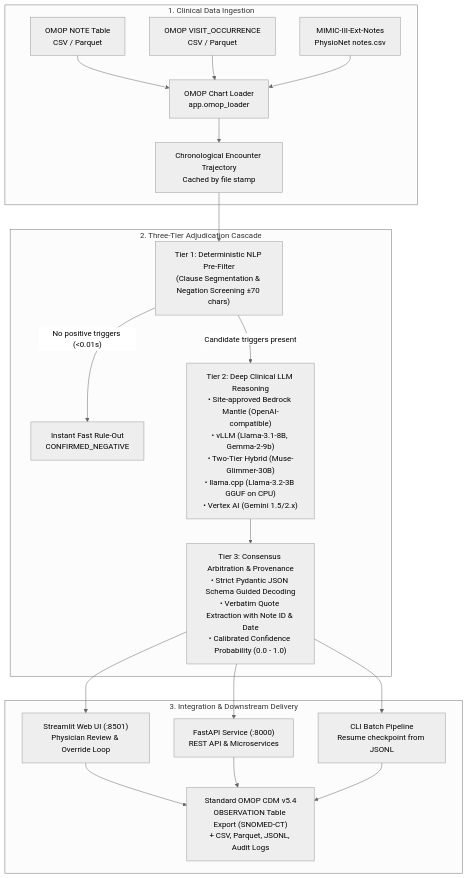
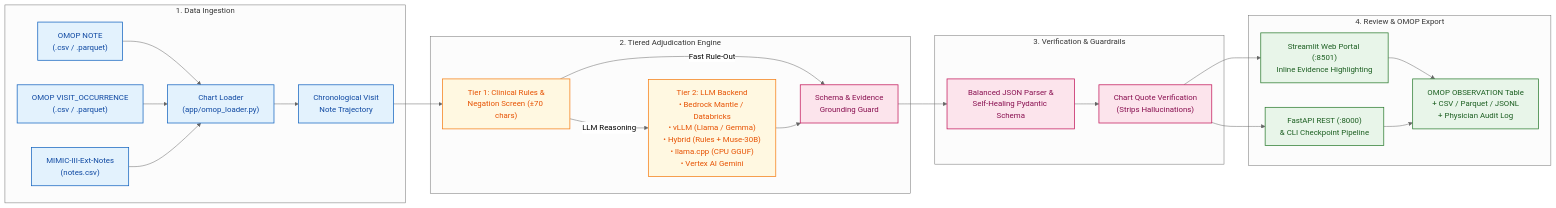
The first of 3 diagrams in README.md (x1jiang/rosegold), drawn with Mermaid (neutral theme) before and after one commit. The commit also changed other lines of this file, not shown here.

Commit message:
docs(readme): add 60-second quick start, visual decision diagrams, and streamlined setup guides

````diff
--- a/README.md
+++ b/README.md
@@ -44,23 +106,37 @@
 ```mermaid
-flowchart TD
-    subgraph DataIngestion["1. Clinical Data Ingestion"]
-        N[OMOP NOTE Table\nCSV / Parquet] --> Loader[OMOP Chart Loader\napp.omop_loader]
-        V[OMOP VISIT_OCCURRENCE\nCSV / Parquet] --> Loader
-        M[MIMIC-III-Ext-Notes\nPhysioNet notes.csv] --> Loader
-        Loader --> Prepped[Chronological Encounter Trajectory\nCached by file stamp]
+flowchart LR
+    subgraph Ingest["1. Data Ingestion"]
+        A1["OMOP NOTE<br/>(.csv / .parquet)"] --> L["Chart Loader<br/>(app/omop_loader.py)"]
+        A2["OMOP VISIT_OCCURRENCE<br/>(.csv / .parquet)"] --> L
+        A3["MIMIC-III-Ext-Notes<br/>(notes.csv)"] --> L
+        L --> T["Chronological Visit<br/>Note Trajectory"]
     end
 
-    subgraph TieredCascade["2. Three-Tier Adjudication Cascade"]
-        Prepped --> T1["Tier 1: Deterministic NLP Pre-Filter\n(Clause Segmentation & Negation Screening ±70 chars)"]
-        T1 -- "No positive triggers (<0.01s)" --> RuleOut["Instant Fast Rule-Out\nCONFIRMED_NEGATIVE"]
-        T1 -- "Candidate triggers present" --> T2["Tier 2: Deep Clinical LLM Reasoning\n• Site-approved Bedrock Mantle (OpenAI-compatible)\n• vLLM (Llama-3.1-8B, Gemma-2-9b)\n• Two-Tier Hybrid (Muse-Glimmer-30B)\n• llama.cpp (Llama-3.2-3B GGUF on CPU)\n• Vertex AI (Gemini 1.5/2.x)"]
-        T2 --> T3["Tier 3: Consensus Arbitration & Provenance\n• Strict Pydantic JSON Schema Guided Decoding\n• Verbatim Quote Extraction with Note ID & Date\n• Calibrated Confidence Probability (0.0 - 1.0)"]
+    subgraph Engine["2. Tiered Adjudication Engine"]
+        T --> R1["Tier 1: Clinical Rules &<br/>Negation Screen (±70 chars)"]
+        R1 -- "Fast Rule-Out" --> V["Schema & Evidence<br/>Grounding Guard"]
+        R1 -- "LLM Reasoning" --> R2["Tier 2: LLM Backend<br/>• Bedrock Mantle / Databricks<br/>• vLLM (Llama / Gemma)<br/>• Hybrid (Rules + Muse-30B)<br/>• llama.cpp (CPU GGUF)<br/>• Vertex AI Gemini"]
+        R2 --> V
     end
 
-    subgraph Delivery["3. Integration & Downstream Delivery"]
-        T3 --> UI["Streamlit Web UI (:8501)\nPhysician Review & Override Loop"]
-        T3 --> API["FastAPI Service (:8000)\nREST API & Microservices"]
-        T3 --> CLI["CLI Batch Pipeline\nResume checkpoint from JSONL"]
-        UI & API & CLI --> Exp["Standard OMOP CDM v5.4\nOBSERVATION Table Export (SNOMED-CT)\n+ CSV, Parquet, JSONL, Audit Logs"]
+    subgraph Grounding["3. Verification & Guardrails"]
+        V --> G1["Balanced JSON Parser &<br/>Self-Healing Pydantic Schema"]
+        G1 --> G2["Chart Quote Verification<br/>(Strips Hallucinations)"]
     end
+
+    subgraph Output["4. Review & OMOP Export"]
+        G2 --> O1["Streamlit Web Portal (:8501)<br/>Inline Evidence Highlighting"]
+        G2 --> O2["FastAPI REST (:8000)<br/>& CLI Checkpoint Pipeline"]
+        O1 & O2 --> O3["OMOP OBSERVATION Table<br/>+ CSV / Parquet / JSONL<br/>+ Physician Audit Log"]
+    end
+
+    classDef ingest fill:#e3f2fd,stroke:#1565c0,color:#0d47a1,stroke-width:1.5px;
+    classDef engine fill:#fff8e1,stroke:#f57f17,color:#e65100,stroke-width:1.5px;
+    classDef guard fill:#fce4ec,stroke:#c2185b,color:#880e4f,stroke-width:1.5px;
+    classDef output fill:#e8f5e9,stroke:#2e7d32,color:#1b5e20,stroke-width:1.5px;
+
+    class A1,A2,A3,L,T ingest;
+    class R1,R2 engine;
+    class V,G1,G2 guard;
+    class O1,O2,O3 output;
 ```
````
